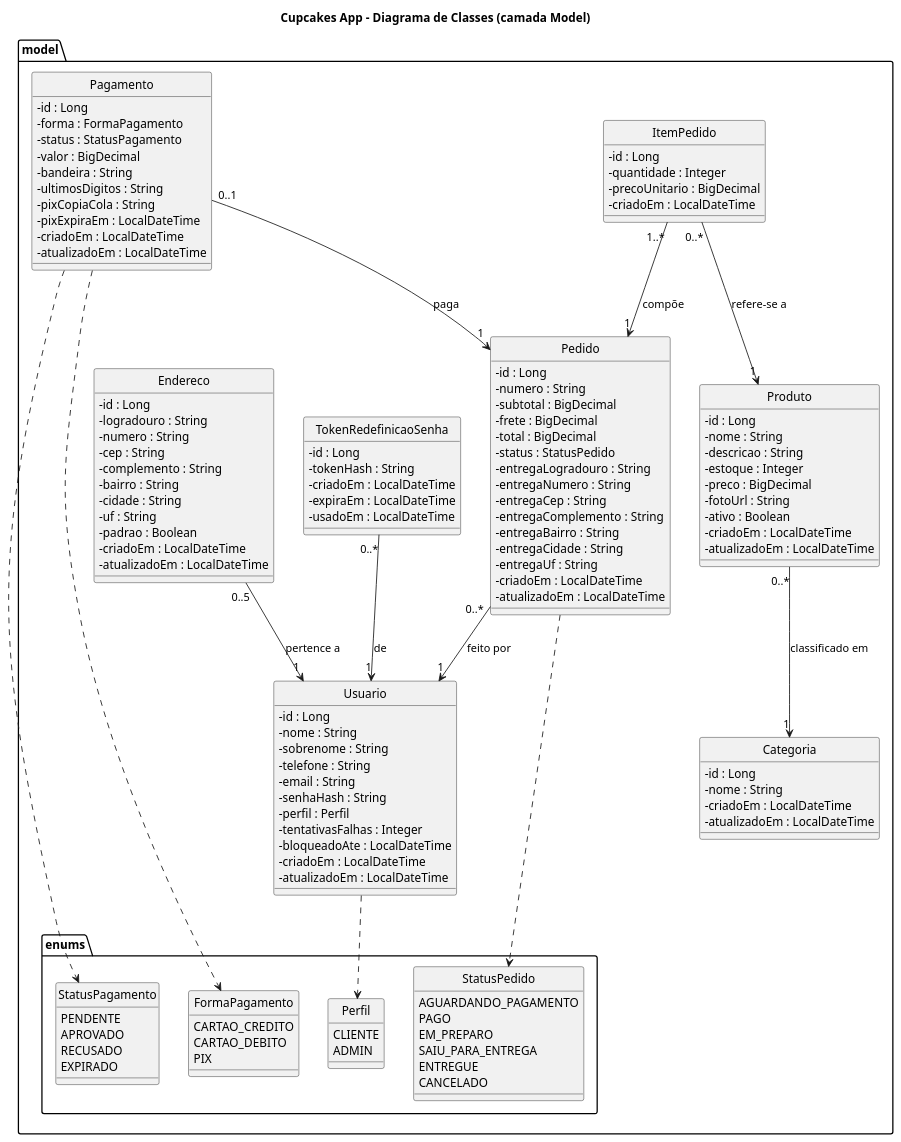
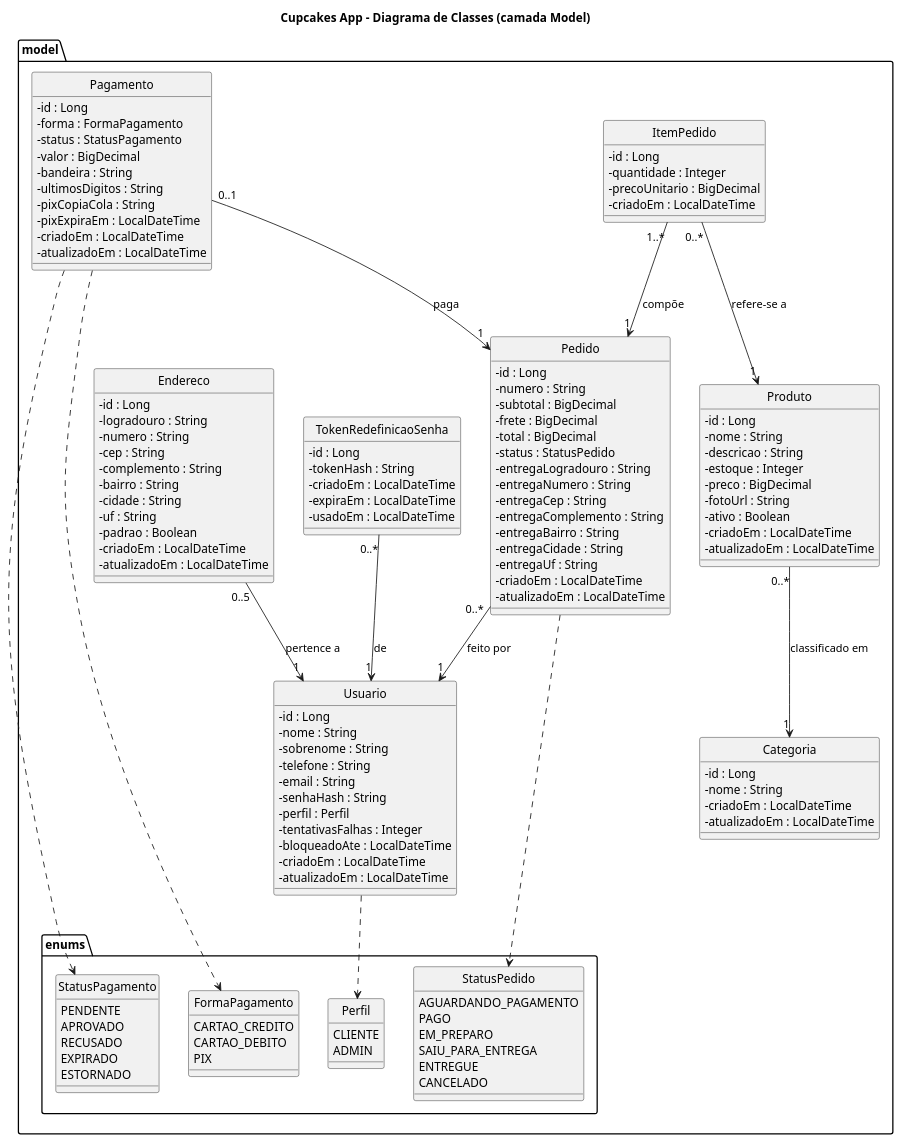
Before and after one commit to ErickSantox/Cupcakes-app: the diagram in docs/situacao-1/uml/classes.puml, drawn with PlantUML. The commit also changed 17 other files, not shown here.

```diff
--- a/docs/situacao-1/uml/classes.puml
+++ b/docs/situacao-1/uml/classes.puml
@@ -1,141 +1,142 @@
 @startuml classes
 title Cupcakes App - Diagrama de Classes (camada Model)
 hide circle
 skinparam classAttributeIconSize 0
 
 package "model.enums" {
   enum Perfil {
     CLIENTE
     ADMIN
   }
   enum StatusPedido {
     AGUARDANDO_PAGAMENTO
     PAGO
     EM_PREPARO
     SAIU_PARA_ENTREGA
     ENTREGUE
     CANCELADO
   }
   enum FormaPagamento {
     CARTAO_CREDITO
     CARTAO_DEBITO
     PIX
   }
   enum StatusPagamento {
     PENDENTE
     APROVADO
     RECUSADO
     EXPIRADO
+    ESTORNADO
   }
 }
 
 package "model" {
   class Usuario {
     - id : Long
     - nome : String
     - sobrenome : String
     - telefone : String
     - email : String
     - senhaHash : String
     - perfil : Perfil
     - tentativasFalhas : Integer
     - bloqueadoAte : LocalDateTime
     - criadoEm : LocalDateTime
     - atualizadoEm : LocalDateTime
   }
 
   class Endereco {
     - id : Long
     - logradouro : String
     - numero : String
     - cep : String
     - complemento : String
     - bairro : String
     - cidade : String
     - uf : String
     - padrao : Boolean
     - criadoEm : LocalDateTime
     - atualizadoEm : LocalDateTime
   }
 
   class Categoria {
     - id : Long
     - nome : String
     - criadoEm : LocalDateTime
     - atualizadoEm : LocalDateTime
   }
 
   class Produto {
     - id : Long
     - nome : String
     - descricao : String
     - estoque : Integer
     - preco : BigDecimal
     - fotoUrl : String
     - ativo : Boolean
     - criadoEm : LocalDateTime
     - atualizadoEm : LocalDateTime
   }
 
   class Pedido {
     - id : Long
     - numero : String
     - subtotal : BigDecimal
     - frete : BigDecimal
     - total : BigDecimal
     - status : StatusPedido
     - entregaLogradouro : String
     - entregaNumero : String
     - entregaCep : String
     - entregaComplemento : String
     - entregaBairro : String
     - entregaCidade : String
     - entregaUf : String
     - criadoEm : LocalDateTime
     - atualizadoEm : LocalDateTime
   }
 
   class ItemPedido {
     - id : Long
     - quantidade : Integer
     - precoUnitario : BigDecimal
     - criadoEm : LocalDateTime
   }
 
   class Pagamento {
     - id : Long
     - forma : FormaPagamento
     - status : StatusPagamento
     - valor : BigDecimal
     - bandeira : String
     - ultimosDigitos : String
     - pixCopiaCola : String
     - pixExpiraEm : LocalDateTime
     - criadoEm : LocalDateTime
     - atualizadoEm : LocalDateTime
   }
 
   class TokenRedefinicaoSenha {
     - id : Long
     - tokenHash : String
     - criadoEm : LocalDateTime
     - expiraEm : LocalDateTime
     - usadoEm : LocalDateTime
   }
 }
 
 ' Associações (seta = lado que conhece o outro no código)
 Endereco "0..5" --> "1" Usuario : pertence a
 Pedido "0..*" --> "1" Usuario : feito por
 TokenRedefinicaoSenha "0..*" --> "1" Usuario : de
 Produto "0..*" --> "1" Categoria : classificado em
 ItemPedido "1..*" --> "1" Pedido : compõe
 ItemPedido "0..*" --> "1" Produto : refere-se a
 Pagamento "0..1" --> "1" Pedido : paga
 
 ' Uso dos enums
 Usuario ..> Perfil
 Pedido ..> StatusPedido
 Pagamento ..> FormaPagamento
 Pagamento ..> StatusPagamento
 @enduml
```
